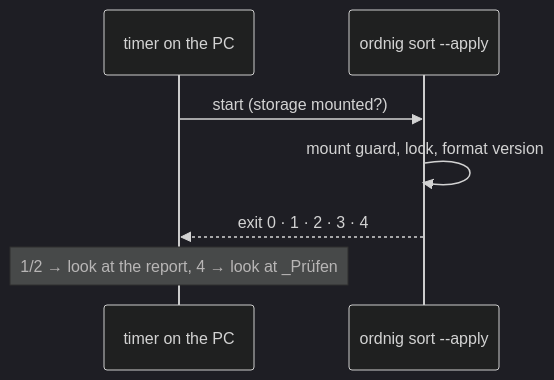
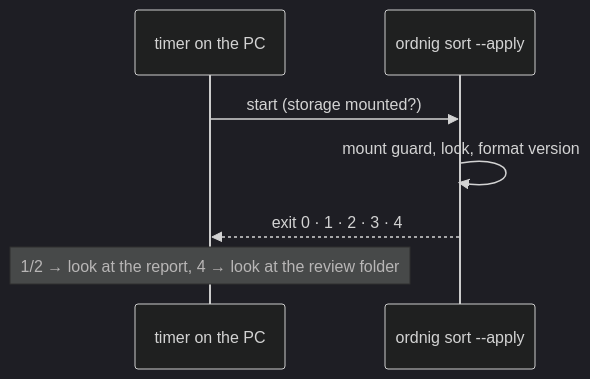
One commit to Tiliavir/ordnig changed the third of 3 diagrams in docs/arc42/06-runtime-view.md. Above: the diagram before and after it, drawn with Mermaid (dark theme). The commit also changed other lines of this file and 21 other files, not shown here.

````diff
--- a/docs/arc42/06-runtime-view.md
+++ b/docs/arc42/06-runtime-view.md
@@ -76,9 +76,9 @@
 ```mermaid
 sequenceDiagram
     participant T as timer on the PC
     participant O as ordnig sort --apply
     T->>O: start (storage mounted?)
     O->>O: mount guard, lock, format version
     O-->>T: exit 0 · 1 · 2 · 3 · 4
-    Note over T: 1/2 → look at the report, 4 → look at _Prüfen
+    Note over T: 1/2 → look at the report, 4 → look at the review folder
 ```
````
